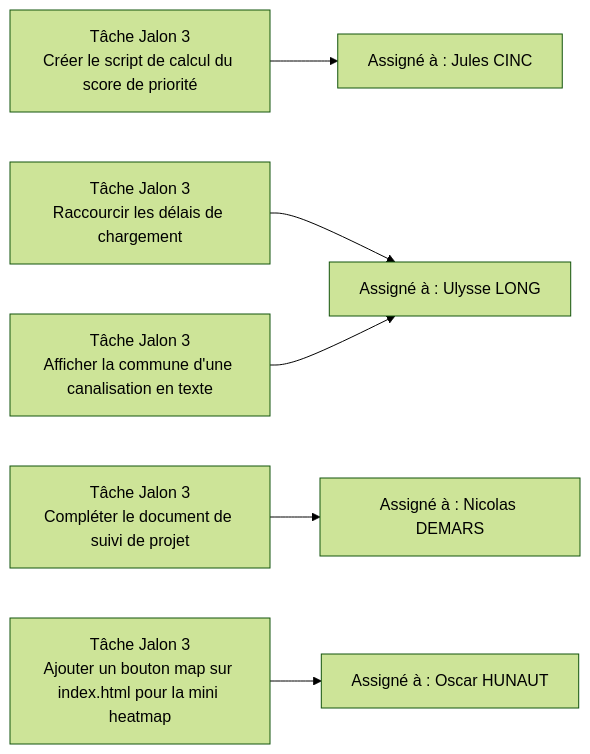
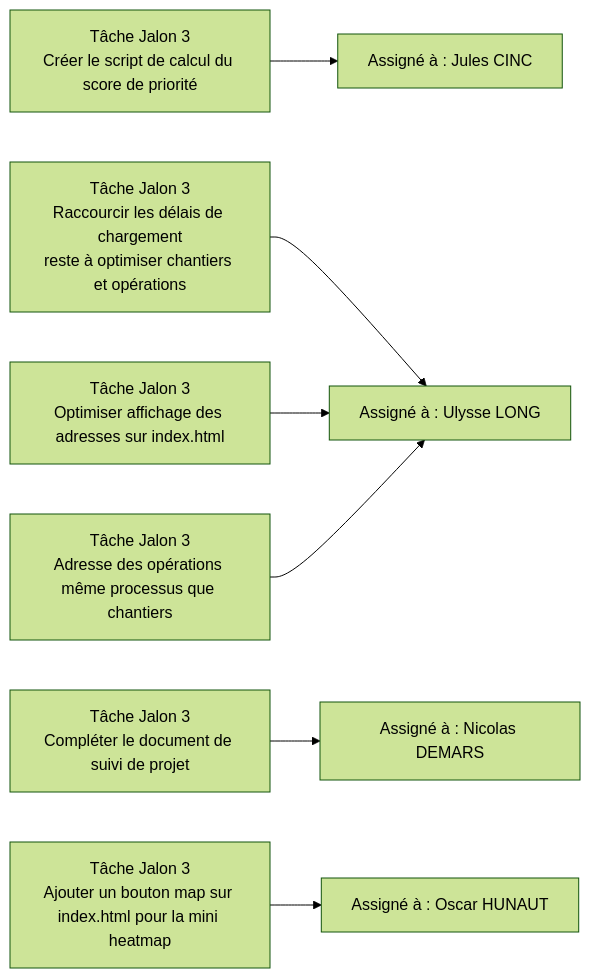
Before and after one commit to JulesCinc/RenovTaCana: the diagram in README.md, drawn with Mermaid (forest theme). The commit also changed other lines of this file and 13 other files, not shown here.

Commit message:
Implémentation adresses des chantiers en BDD

````diff
--- a/README.md
+++ b/README.md
@@ -77,8 +78,9 @@
 ```mermaid
 flowchart LR
     T[Tâche Jalon 3<br/>Créer le script de calcul du score de priorité] --> A[Assigné à : Jules CINC]
-    U1[Tâche Jalon 3<br/>Raccourcir les délais de chargement] --> U[Assigné à : Ulysse LONG]
-    U2[Tâche Jalon 3<br/>Afficher la commune d'une canalisation en texte] --> U
+    U1[Tâche Jalon 3<br/>Raccourcir les délais de chargement<br/>reste à optimiser chantiers et opérations] --> U[Assigné à : Ulysse LONG]
+    U2[Tâche Jalon 3<br/>Optimiser affichage des adresses sur index.html] --> U
+    U3[Tâche Jalon 3<br/>Adresse des opérations même processus que chantiers] --> U
     N1[Tâche Jalon 3<br/>Compléter le document de suivi de projet] --> N[Assigné à : Nicolas DEMARS]
     O1[Tâche Jalon 3<br/>Ajouter un bouton map sur index.html pour la mini heatmap] --> O[Assigné à : Oscar HUNAUT]
 ```
````
